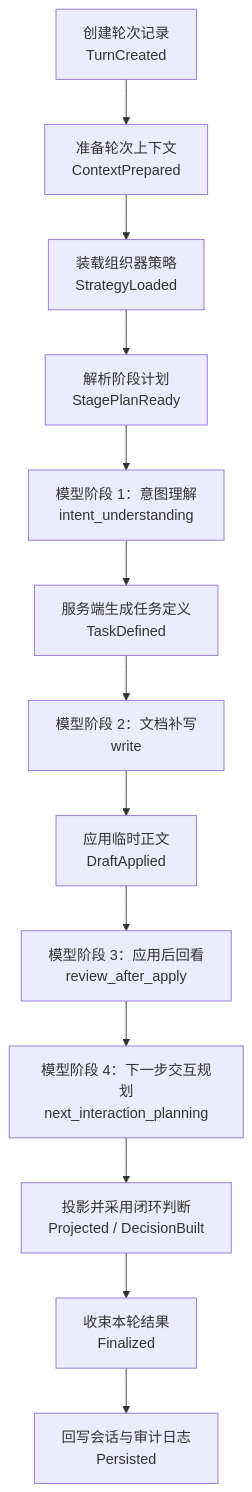
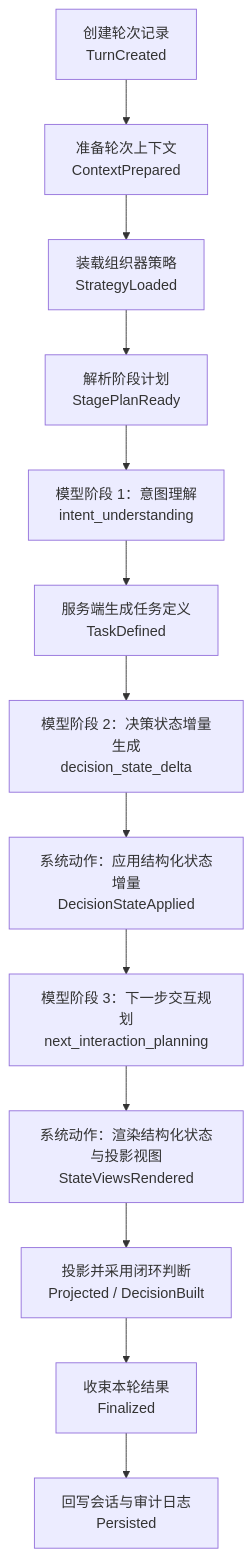
Diagram 25 of 35 in DOC/CODEX_DOC/02_设计说明/P2_需求分析系统/P2-需求分析系统设计.md (wgwtest/CodeFactoryV2), drawn with Mermaid before and after one commit. The commit also changed other lines of this file and 37 other files, not shown here.

Commit message:
feat: refine p2 requirement analysis decision flow

````diff
--- a/DOC/CODEX_DOC/02_设计说明/P2_需求分析系统/P2-需求分析系统设计.md
+++ b/DOC/CODEX_DOC/02_设计说明/P2_需求分析系统/P2-需求分析系统设计.md
@@ -3190,18 +3192,18 @@
 ```mermaid
 flowchart TB
   A["创建轮次记录<br/>TurnCreated"]
   B["准备轮次上下文<br/>ContextPrepared"]
   C["装载组织器策略<br/>StrategyLoaded"]
   D["解析阶段计划<br/>StagePlanReady"]
   E["模型阶段 1：意图理解<br/>intent_understanding"]
   F["服务端生成任务定义<br/>TaskDefined"]
-  G["模型阶段 2：文档补写<br/>write"]
-  H["应用临时正文<br/>DraftApplied"]
-  I["模型阶段 3：应用后回看<br/>review_after_apply"]
-  J["模型阶段 4：下一步交互规划<br/>next_interaction_planning"]
+  G["模型阶段 2：决策状态增量生成<br/>decision_state_delta"]
+  H["系统动作：应用结构化状态增量<br/>DecisionStateApplied"]
+  I["模型阶段 3：下一步交互规划<br/>next_interaction_planning"]
+  J["系统动作：渲染结构化状态与投影视图<br/>StateViewsRendered"]
   K["投影并采用闭环判断<br/>Projected / DecisionBuilt"]
   L["收束本轮结果<br/>Finalized"]
   M["回写会话与审计日志<br/>Persisted"]
 
   A --> B --> C --> D --> E --> F --> G --> H --> I --> J --> K --> L --> M
 ```
````
